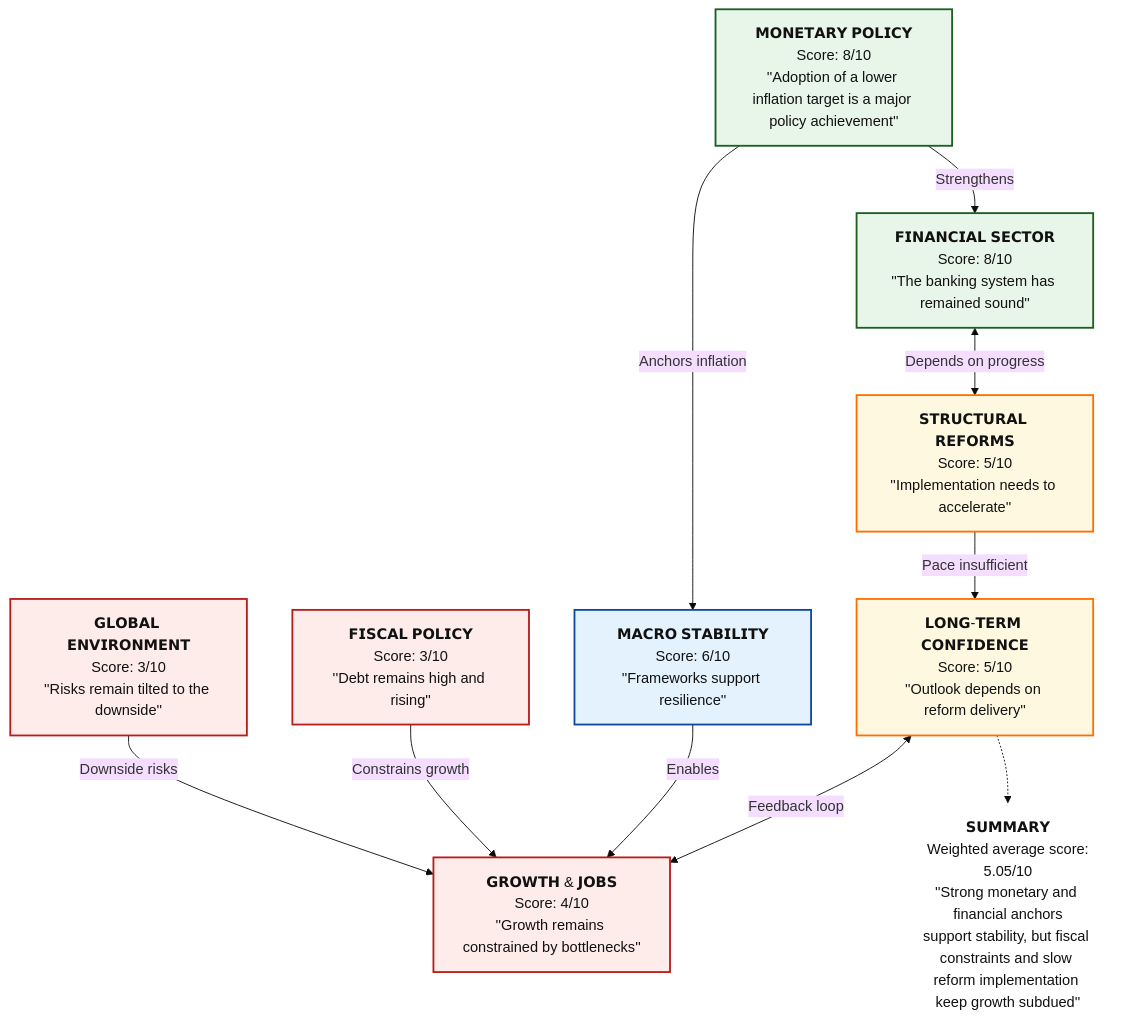
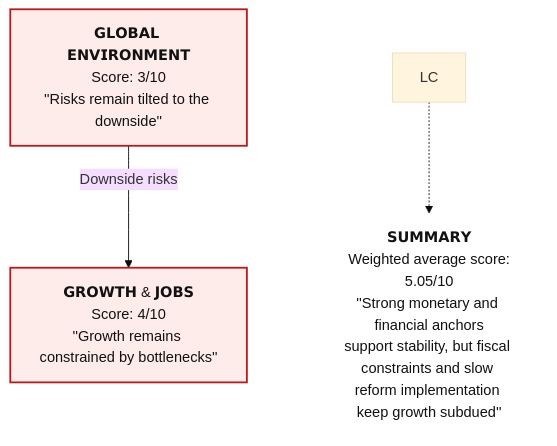
The diagram in articles-posts/predictive-model-evaluation-framework.md (Tellusant/docs), drawn with Mermaid (base theme) before and after one commit.

```diff
--- a/articles-posts/predictive-model-evaluation-framework.md
+++ b/articles-posts/predictive-model-evaluation-framework.md
@@ -26,41 +26,30 @@
 <div class="mermaid">
 
 flowchart TD
 
 %% ========= NODES =========
 GE["𝗚𝗟𝗢𝗕𝗔𝗟 𝗘𝗡𝗩𝗜𝗥𝗢𝗡𝗠𝗘𝗡𝗧<br/>Score: 3/10<br/>''Risks remain tilted to the downside''"]:::risk
-FP["𝗙𝗜𝗦𝗖𝗔𝗟 𝗣𝗢𝗟𝗜𝗖𝗬<br/>Score: 3/10<br/>''Debt remains high and rising''"]:::risk
 GJ["𝗚𝗥𝗢𝗪𝗧𝗛 & 𝗝𝗢𝗕𝗦<br/>Score: 4/10<br/>''Growth remains constrained by bottlenecks''"]:::risk
-MP["𝗠𝗢𝗡𝗘𝗧𝗔𝗥𝗬 𝗣𝗢𝗟𝗜𝗖𝗬<br/>Score: 8/10<br/>''Adoption of a lower inflation target is a major policy achievement''"]:::strong
-MS["𝗠𝗔𝗖𝗥𝗢 𝗦𝗧𝗔𝗕𝗜𝗟𝗜𝗧𝗬<br/>Score: 6/10<br/>''Frameworks support resilience''"]:::neutral
-FS["𝗙𝗜𝗡𝗔𝗡𝗖𝗜𝗔𝗟 𝗦𝗘𝗖𝗧𝗢𝗥<br/>Score: 8/10<br/>''The banking system has remained sound''"]:::strong
-SR["𝗦𝗧𝗥𝗨𝗖𝗧𝗨𝗥𝗔𝗟 𝗥𝗘𝗙𝗢𝗥𝗠𝗦<br/>Score: 5/10<br/>''Implementation needs to accelerate''"]:::mixed
-LC["𝗟𝗢𝗡𝗚-𝗧𝗘𝗥𝗠 𝗖𝗢𝗡𝗙𝗜𝗗𝗘𝗡𝗖𝗘<br/>Score: 5/10<br/>''Outlook depends on reform delivery''"]:::mixed
+
 
 %% ========= RELATIONSHIPS =========
 GE -->|Downside risks| GJ
-FP -->|Constrains growth| GJ
-MP -->|Anchors inflation| MS
-MS -->|Enables| GJ
-MP -->|Strengthens| FS
-FS <-->|Depends on progress| SR
-SR -->|Pace insufficient| LC
-LC <-->|Feedback loop| GJ
+
 
 %% ========= INVISIBLE LAYOUT CONTROL =========
 ANCHOR[" "]:::anchor
 
 %% ========= SUMMARY (FORCED BELOW, NO VISIBLE ARROWS) =========
 SUM["𝗦𝗨𝗠𝗠𝗔𝗥𝗬<br/>Weighted average score:<br/>5.05/10<br/>''Strong monetary and financial anchors
 support stability, but fiscal constraints and slow reform implementation keep growth subdued''"]:::summary
 LC -.-> SUM:::anchor
 
 %% ========= STYLES =========
 classDef strong  fill:#E8F5E9,stroke:#1B5E20,stroke-width:2px,color:#111;
 classDef neutral fill:#E3F2FD,stroke:#0D47A1,stroke-width:2px,color:#111;
 classDef mixed   fill:#FFF8E1,stroke:#FF6F00,stroke-width:2px,color:#111;
 classDef risk    fill:#FDECEA,stroke:#B71C1C,stroke-width:2px,color:#111;
 classDef summary fill:#F5F5F5,stroke:#424242,stroke-width:2px,color:#111;
 classDef anchor fill:transparent,stroke:transparent;
 
 </div>
```
